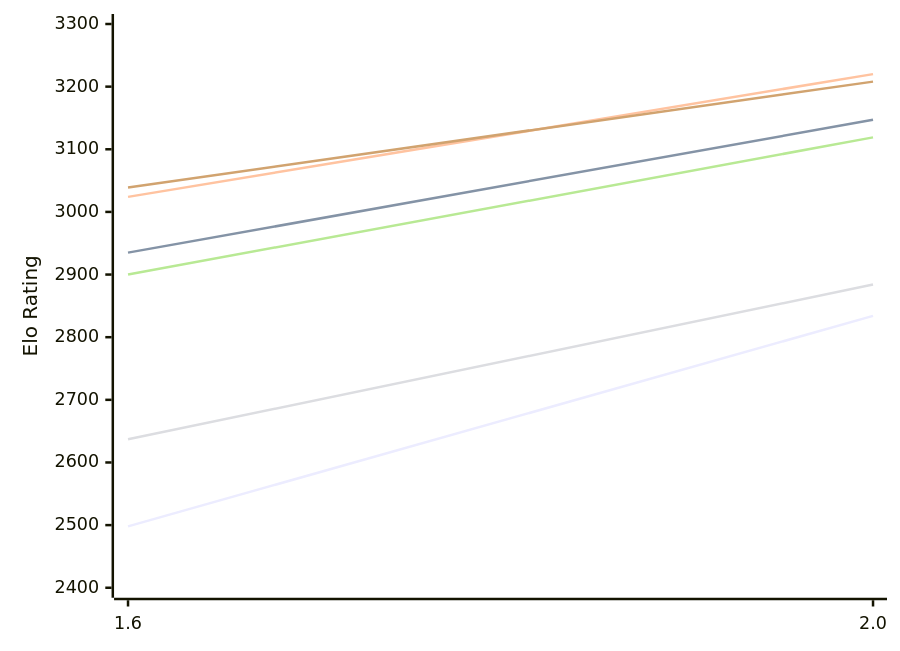
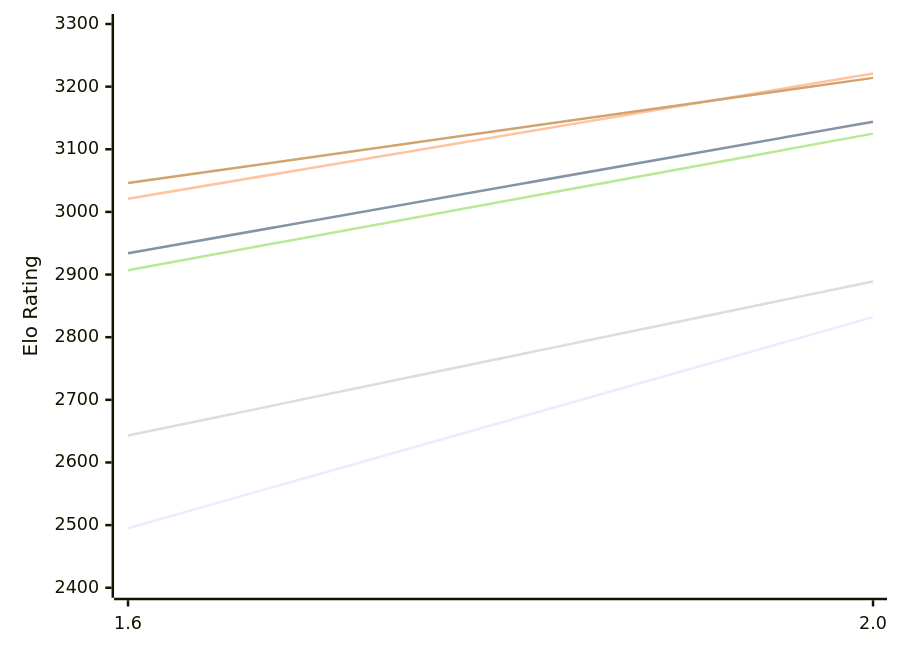
Before and after one commit to computer-chess-index/cci: the first of 2 diagrams in engines/Onyx.md, drawn with Mermaid. The commit also changed other lines of this file, not shown here.

Commit message:
Update CCI Ratings (ELO VLTC) - 2026-11-23

````diff
--- a/engines/Onyx.md
+++ b/engines/Onyx.md
@@ -50,12 +50,12 @@
 ```mermaid
 %%{init: {"theme":"base","themeVariables":{"seriesColors:['#a3a3a3','#222221','#faa371']}}}%%
 xychart-beta
   x-axis ["1.6", "2.0"]
   y-axis "Elo Rating" 2400 --> 3300
-  line "E1: STC (8.0+0.08s)" [2498, 2834]
-  line "E1: LTC (60.0+0.60s)" [2935, 3147]
-  line "E1: VLTC (2m24s+1.12s)" [3024, 3220]
-  line "P1: STC (8.0+0.08s)" [2637, 2884]
-  line "P1: LTC (60.0+0.60s)" [2900, 3119]
-  line "P1: VLTC (2m24s+1.12s)" [3039, 3208]
+  line "E1: STC (8.0+0.08s)" [2495, 2832]
+  line "E1: LTC (60.0+0.60s)" [2934, 3144]
+  line "E1: VLTC (2m24s+1.12s)" [3021, 3221]
+  line "P1: STC (8.0+0.08s)" [2643, 2889]
+  line "P1: LTC (60.0+0.60s)" [2907, 3125]
+  line "P1: VLTC (2m24s+1.12s)" [3046, 3214]
 ```
````
